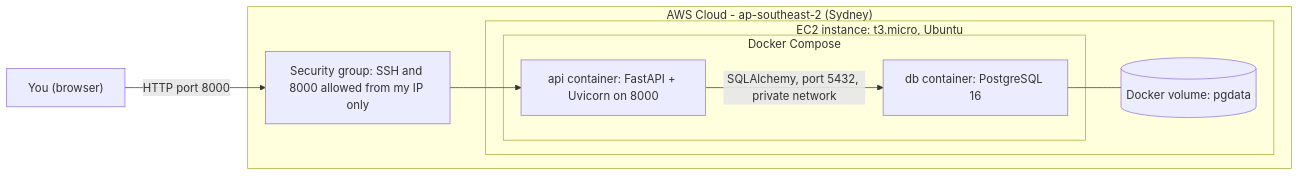
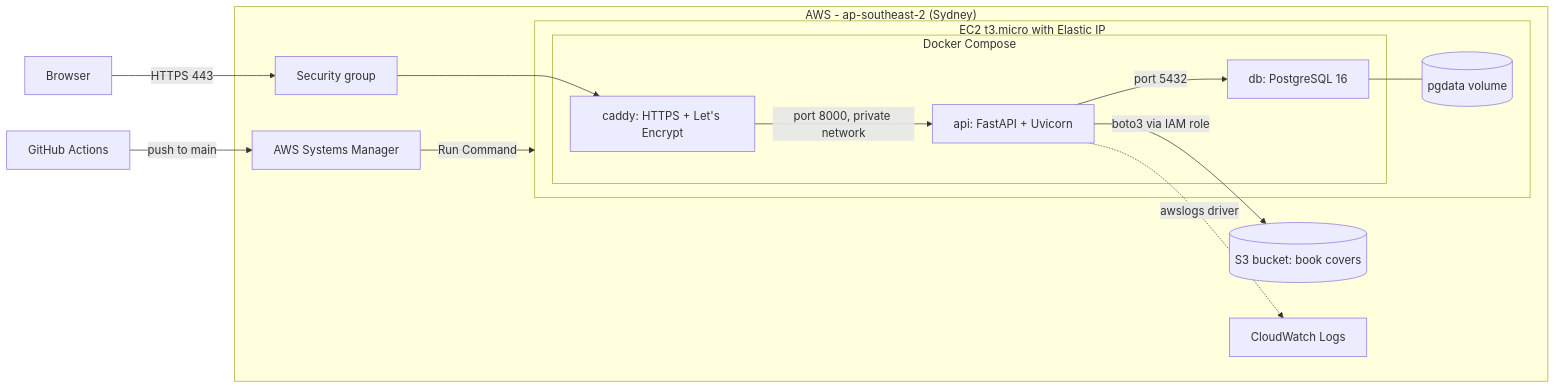
One commit to krishmewati2006-design/fastapi-books_api changed the diagram in README.md. Above: the diagram before and after it, drawn with Mermaid. The commit also changed other lines of this file, not shown here.

Commit message:
Update README: HTTPS, CI/CD, architecture

````diff
--- a/README.md
+++ b/README.md
@@ -91,17 +91,25 @@
-```mermaid
-flowchart LR
-    U["You (browser)"] -->|"HTTP port 8000"| SG
-    subgraph AWS["AWS Cloud - ap-southeast-2 (Sydney)"]
-        SG["Security group: SSH and 8000 allowed from my IP only"]
-        subgraph EC2["EC2 instance: t3.micro, Ubuntu"]
-            subgraph DC["Docker Compose"]
-                API["api container: FastAPI + Uvicorn on 8000"]
-                DB["db container: PostgreSQL 16"]
-            end
-            VOL[("Docker volume: pgdata")]
-        end
-    end
-    SG --> API
-    API -->|"SQLAlchemy, port 5432, private network"| DB
-    DB --- VOL
-```
+   ```mermaid
+   flowchart LR
+       U["Browser"] -->|"HTTPS 443"| SG
+       GH["GitHub Actions"] -->|"push to main"| SSM["AWS Systems Manager"]
+       subgraph AWS["AWS - ap-southeast-2 (Sydney)"]
+           SG["Security group"]
+           SSM -->|"Run Command"| EC2
+           subgraph EC2["EC2 t3.micro with Elastic IP"]
+               subgraph DC["Docker Compose"]
+                   CADDY["caddy: HTTPS + Let's Encrypt"]
+                   API["api: FastAPI + Uvicorn"]
+                   DB["db: PostgreSQL 16"]
+               end
+               VOL[("pgdata volume")]
+           end
+           S3[("S3 bucket: book covers")]
+           CW["CloudWatch Logs"]
+       end
+       SG --> CADDY
+       CADDY -->|"port 8000, private network"| API
+       API -->|"port 5432"| DB
+       DB --- VOL
+       API -->|"boto3 via IAM role"| S3
+       API -.->|"awslogs driver"| CW
+   ```
````
